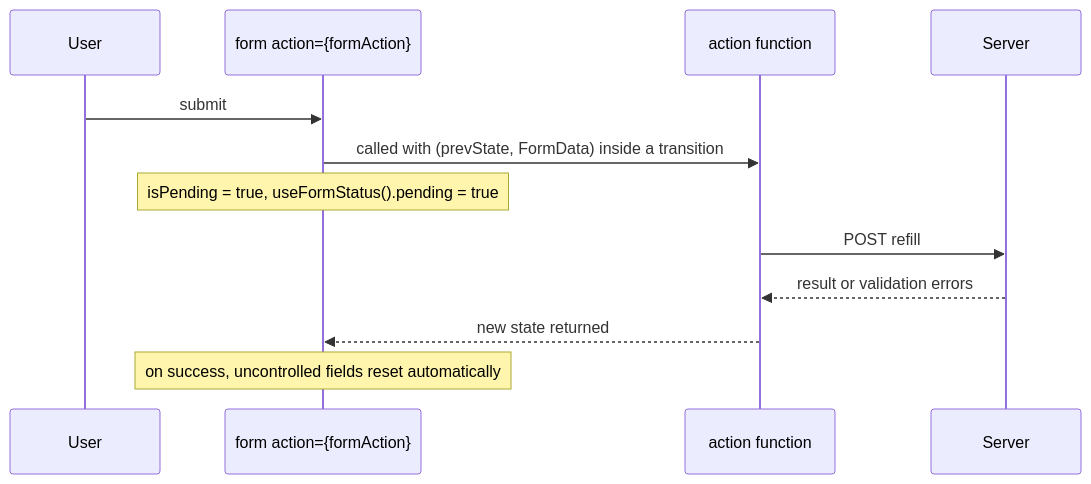
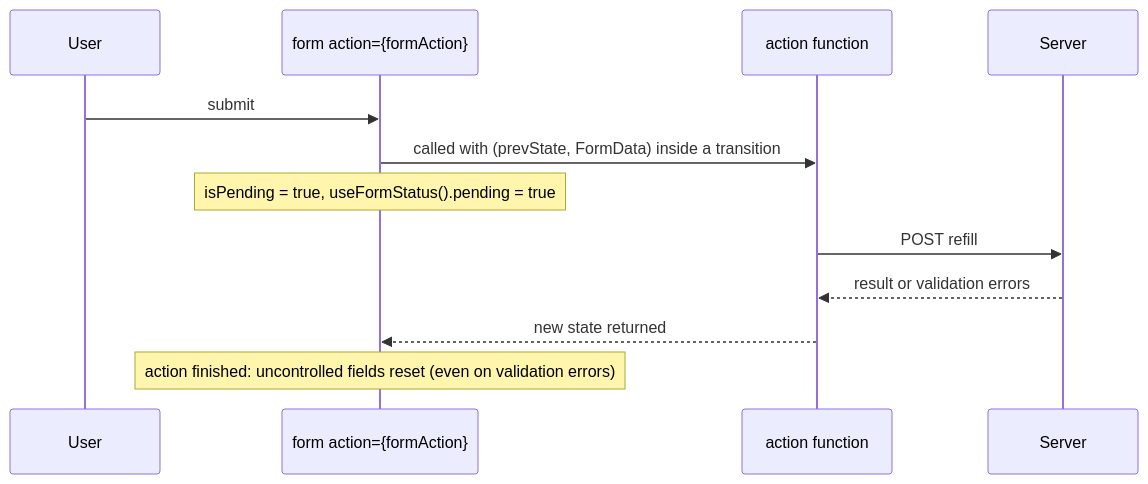
The second of 2 diagrams in docs/react/05-forms-and-controlled-vs-uncontrolled-components.md (vishalhulawale/knowledge-base), drawn with Mermaid before and after one commit. The commit also changed other lines of this file and 1 other file, not shown here.

Commit message:
docs: clarify React 19 form reset and lazy Dijkstra on negative edges
React 19 resets uncontrolled fields after any action, not only a
successful one. The page's lazy-deletion Dijkstra returns the correct
distance on the negative-edge example; only the finalise-on-pop version
returns 2.

Claude-Session: https://claude.ai/code/session_013V4zUr2MxC6JdBVnjZL47w

````diff
--- a/docs/react/05-forms-and-controlled-vs-uncontrolled-components.md
+++ b/docs/react/05-forms-and-controlled-vs-uncontrolled-components.md
@@ -76,14 +76,14 @@
 ```mermaid
 sequenceDiagram
     participant U as User
     participant F as form action={formAction}
     participant A as action function
     participant S as Server
     U->>F: submit
     F->>A: called with (prevState, FormData) inside a transition
     Note over F: isPending = true, useFormStatus().pending = true
     A->>S: POST refill
     S-->>A: result or validation errors
     A-->>F: new state returned
-    Note over F: on success, uncontrolled fields reset automatically
+    Note over F: action finished: uncontrolled fields reset (even on validation errors)
 ```
````
